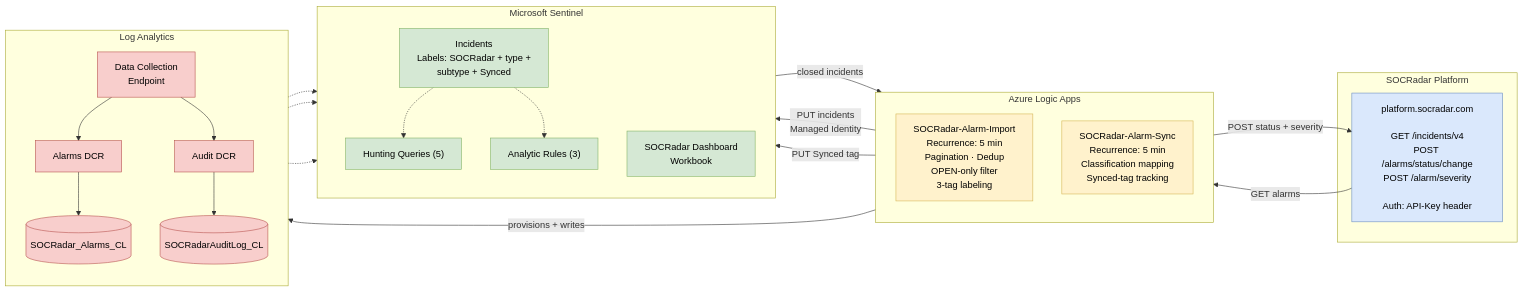
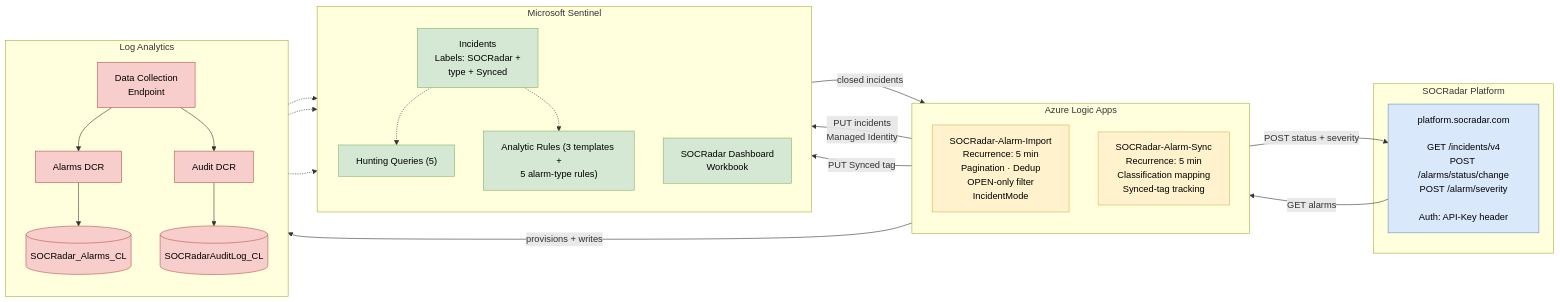
Before and after one commit to orcunsami/Azure-Sentinel: the diagram in Solutions/SOCRadar/readme.md, drawn with Mermaid. The commit also changed other lines of this file and 9 other files, not shown here.

````diff
--- a/Solutions/SOCRadar/readme.md
+++ b/Solutions/SOCRadar/readme.md
@@ -11,54 +11,54 @@
 ```mermaid
 flowchart LR
     subgraph EXT["SOCRadar Platform"]
         API["platform.socradar.com<br/><br/>GET /incidents/v4<br/>POST /alarms/status/change<br/>POST /alarm/severity<br/><br/>Auth: API-Key header"]
     end
 
     subgraph LA["Azure Logic Apps"]
         direction TB
-        Import["SOCRadar-Alarm-Import<br/>Recurrence: 5 min<br/>Pagination · Dedup<br/>OPEN-only filter<br/>3-tag labeling"]
+        Import["SOCRadar-Alarm-Import<br/>Recurrence: 5 min<br/>Pagination · Dedup<br/>OPEN-only filter<br/>IncidentMode"]
         Sync["SOCRadar-Alarm-Sync<br/>Recurrence: 5 min<br/>Classification mapping<br/>Synced-tag tracking"]
     end
 
     subgraph SEN["Microsoft Sentinel"]
         direction TB
-        Inc["Incidents<br/>Labels: SOCRadar + type +<br/>subtype + Synced"]
+        Inc["Incidents<br/>Labels: SOCRadar +<br/>type + Synced"]
         HQ["Hunting Queries (5)"]
-        AR["Analytic Rules (3)"]
+        AR["Analytic Rules (3 templates +<br/>5 alarm-type rules)"]
         WB["SOCRadar Dashboard<br/>Workbook"]
     end
 
     subgraph LAW["Log Analytics"]
         direction TB
         DCE["Data Collection<br/>Endpoint"]
         DCRA["Alarms DCR"]
         DCRB["Audit DCR"]
         Alarms[("SOCRadar_Alarms_CL")]
         Audit[("SOCRadarAuditLog_CL")]
     end
 
     API -->|GET alarms| Import
     Import -->|PUT incidents<br/>Managed Identity| Inc
     Import -->|provisions + writes| DCE
     DCE --> DCRA --> Alarms
     DCE --> DCRB --> Audit
 
     Inc -->|closed incidents| Sync
     Sync -->|POST status + severity| API
     Sync -->|PUT Synced tag| Inc
 
     Inc -.-> HQ
     Inc -.-> AR
     Alarms -.-> HQ
     Alarms -.-> WB
     Audit -.-> HQ
 
     classDef ext fill:#dae8fc,stroke:#6c8ebf,color:#000
     classDef logic fill:#fff2cc,stroke:#d6b656,color:#000
     classDef sentinel fill:#d5e8d4,stroke:#82b366,color:#000
     classDef law fill:#f8cecc,stroke:#b85450,color:#000
     class API ext
     class Import,Sync logic
     class Inc,HQ,AR,WB sentinel
     class DCE,DCRA,DCRB,Alarms,Audit law
 ```
````
